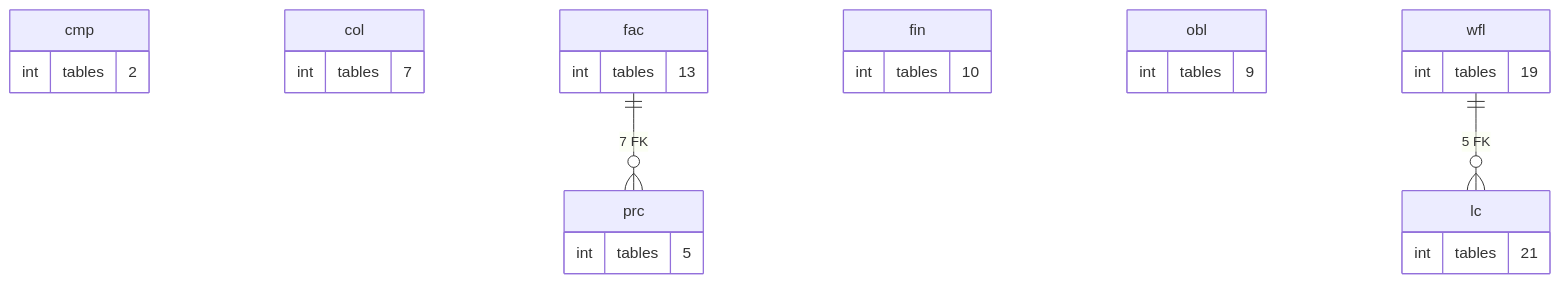
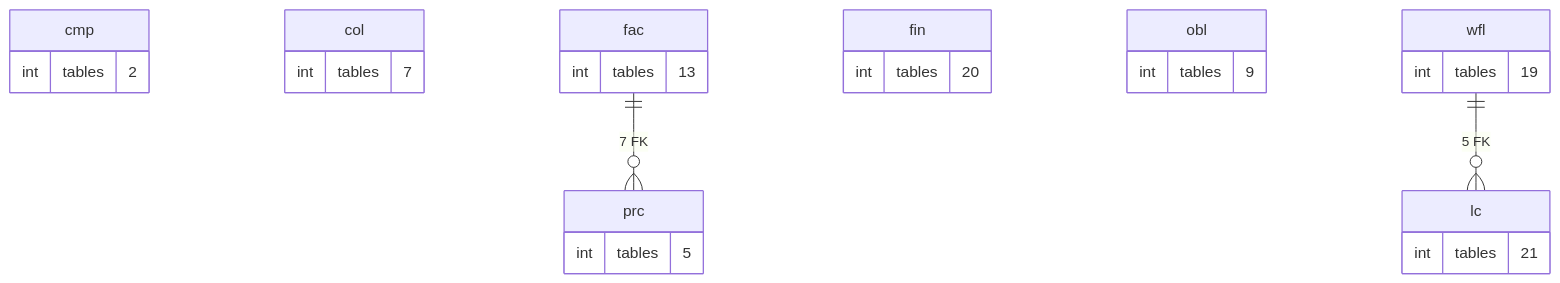
One commit to thawrasy/smartlines changed the diagram in treasury-platform/docs/diagrams/erd/schema_map_2.mmd. Above: the diagram before and after it, drawn with Mermaid. The commit also changed 62 other files, not shown here.

```diff
--- a/treasury-platform/docs/diagrams/erd/schema_map_2.mmd
+++ b/treasury-platform/docs/diagrams/erd/schema_map_2.mmd
@@ -1,28 +1,28 @@
 %% التسهيلات والعمليات: التسعير والضمانات والالتزامات والبيانات المالية والطلبات والاعتمادات: العلاقة = عدد المفاتيح الأجنبية بين المخططين (≥ 5)
 erDiagram
   cmp {
     int tables "2"
   }
   col {
     int tables "7"
   }
   fac {
     int tables "13"
   }
   fin {
-    int tables "10"
+    int tables "20"
   }
   lc {
     int tables "21"
   }
   obl {
     int tables "9"
   }
   prc {
     int tables "5"
   }
   wfl {
     int tables "19"
   }
   fac ||--o{ prc : "7 FK"
   wfl ||--o{ lc : "5 FK"
```
